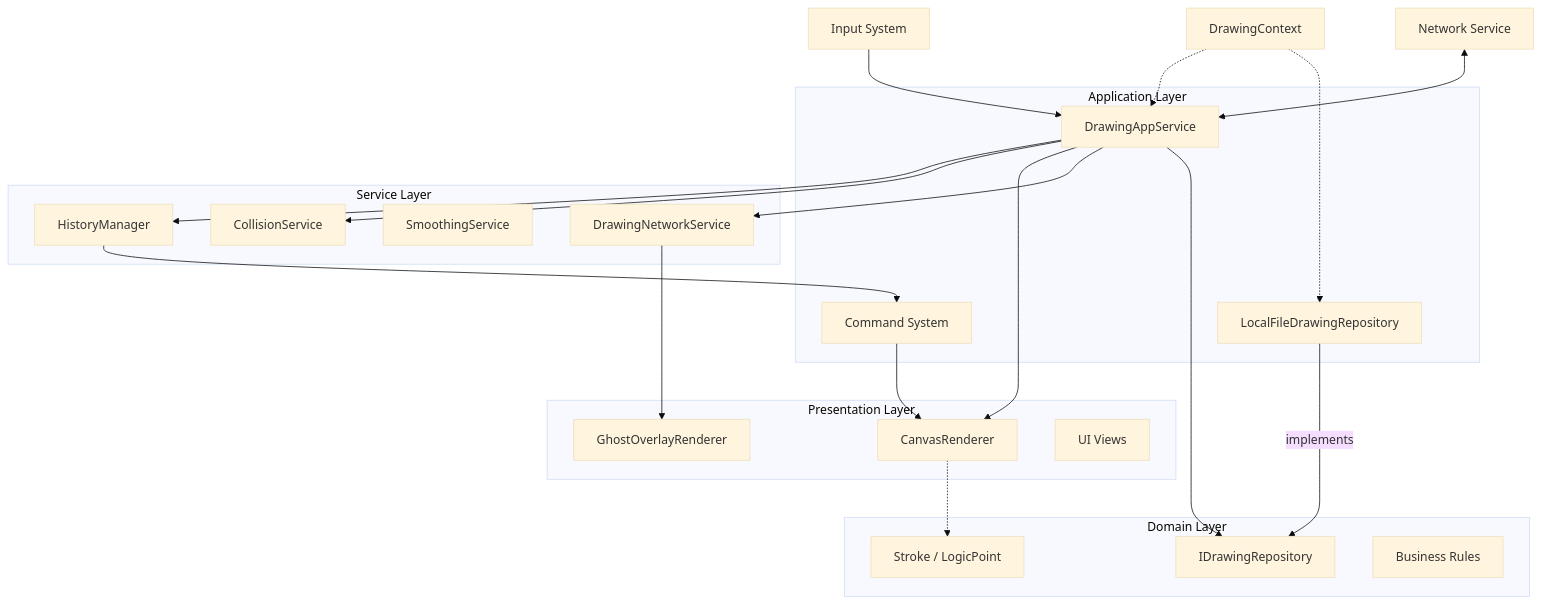
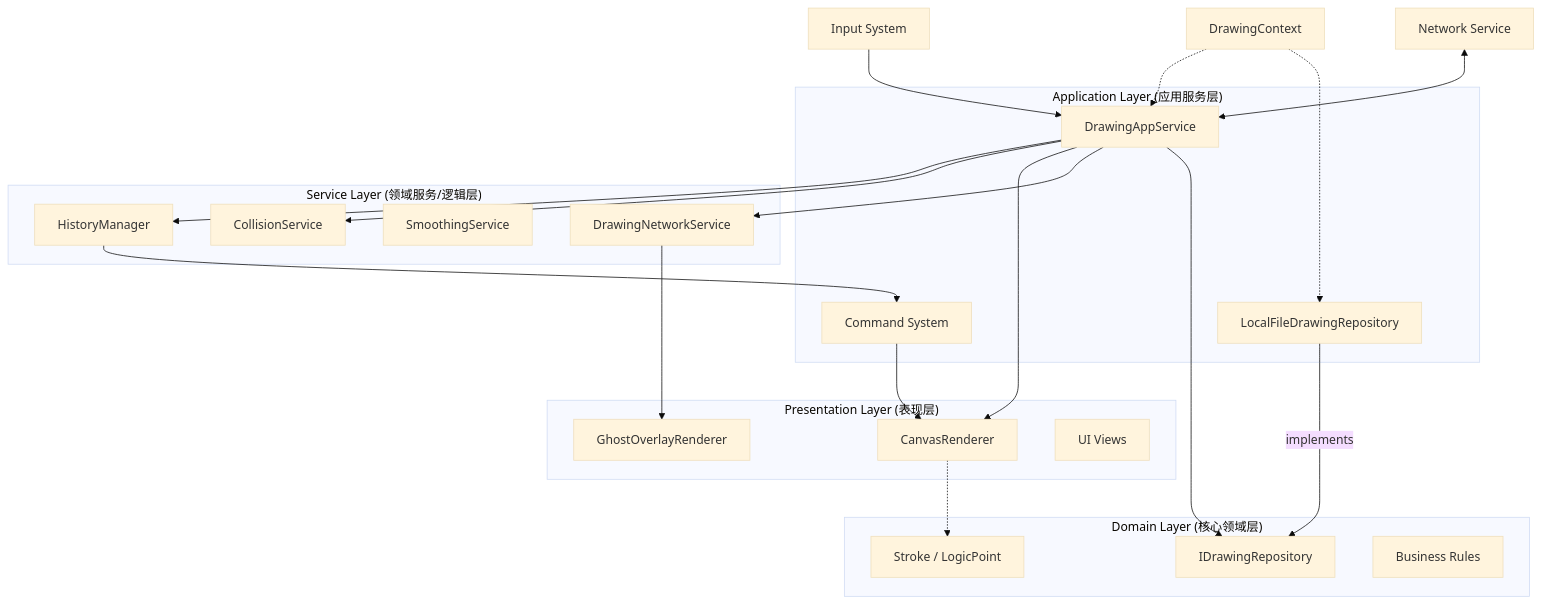
One commit to Klutz9348/drawer changed the diagram in AGENTS.md. Above: the diagram before and after it, drawn with Mermaid (base theme). The commit also changed other lines of this file and 68 other files, not shown here.

First line of the commit message:
refactor: 重构绘图架构并移除网络模块

````diff
--- a/AGENTS.md
+++ b/AGENTS.md
@@ -39,43 +39,49 @@
 ```mermaid
 graph TD
+    %% Infrastructure / External
     Input[Input System] --> Facade
     Net[Network Service] <--> Facade
     DI[DrawingContext] -.-> Facade
     DI -.-> RepoImpl
     
-    subgraph "Application Layer"
+    subgraph "Presentation Layer (表现层)"
+        Renderer[CanvasRenderer]
+        Ghost[GhostOverlayRenderer]
+        View[UI Views]
+    end
+
+    subgraph "Application Layer (应用服务层)"
         Facade[DrawingAppService]
         Cmd[Command System]
         RepoImpl[LocalFileDrawingRepository]
     end
     
-    subgraph "Service Layer"
+    subgraph "Service Layer (领域服务/逻辑层)"
         History[HistoryManager]
         Collision[CollisionService]
         Smooth[SmoothingService]
         Network[DrawingNetworkService]
     end
     
-    subgraph "Domain Layer"
+    subgraph "Domain Layer (核心领域层)"
         Entity[Stroke / LogicPoint]
         Repo[IDrawingRepository]
         Rules[Business Rules]
     end
     
-    subgraph "Presentation Layer"
-        Renderer[CanvasRenderer]
-        Ghost[GhostOverlayRenderer]
-        View[UI Views]
-    end
-
+    %% Dependencies (Strictly Downwards)
     Facade --> History
     Facade --> Collision
     Facade --> Renderer
     Facade --> Network
     Facade --> Repo
+    
+    %% Implementation
     RepoImpl -- implements --> Repo
+    
+    %% Cross-Cutting
     Network --> Ghost
     History --> Cmd
     Cmd --> Renderer
     Renderer -.-> Entity
 ```
````
